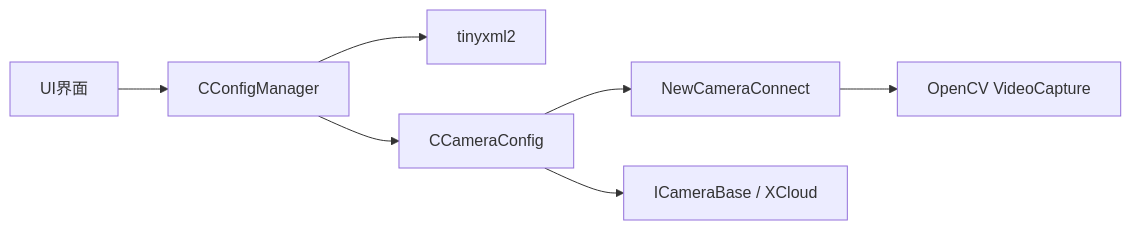
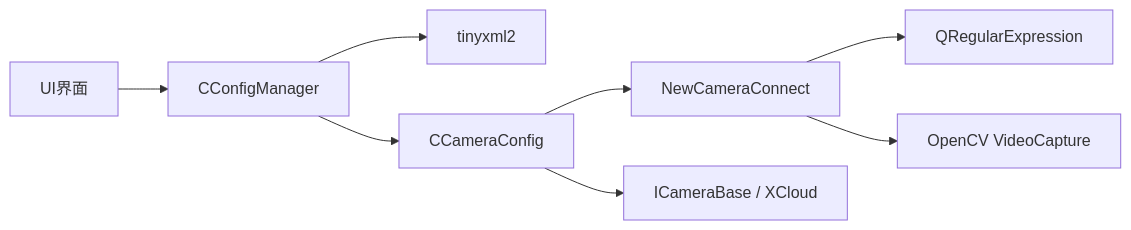
Before and after one commit to yangreest/Zero-value-Insulator-Robot-V2: the fourth of 4 diagrams in .qoder/repowiki/zh/content/用户手册/系统设置配置/摄像头配置.md, drawn with Mermaid. The commit also changed other lines of this file and 6 other files, not shown here.

````diff
--- a/.qoder/repowiki/zh/content/用户手册/系统设置配置/摄像头配置.md
+++ b/.qoder/repowiki/zh/content/用户手册/系统设置配置/摄像头配置.md
@@ -182,9 +225,10 @@
 ```mermaid
 graph LR
 UI["UI界面"] --> CFG["CConfigManager"]
 CFG --> XML["tinyxml2"]
 CFG --> CFGOBJ["CCameraConfig"]
 CFGOBJ --> RTSP["NewCameraConnect"]
+RTSP --> REGEX["QRegularExpression"]
 RTSP --> OPENCV["OpenCV VideoCapture"]
 CFGOBJ --> ABST["ICameraBase / XCloud"]
 ```
````
